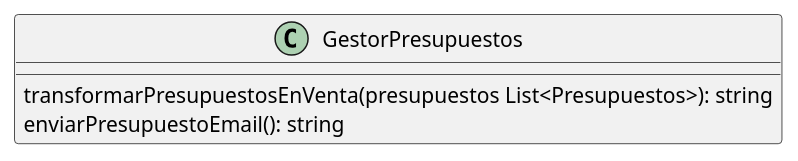
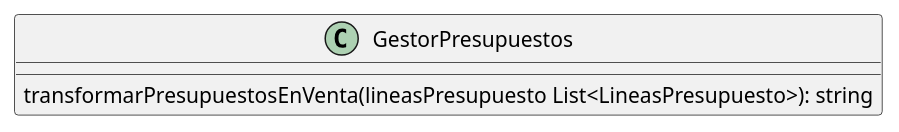
The diagram in DiagramaClases/Gestores/GestorPresupuestos.puml (ZMGestion/DocumentacionZMGestion), drawn with PlantUML before and after one commit. The commit also changed 19 other files, not shown here.

Commit message:
Nuevo DiagramasDeSecuencia

```diff
--- a/DiagramaClases/Gestores/GestorPresupuestos.puml
+++ b/DiagramaClases/Gestores/GestorPresupuestos.puml
@@ -1,6 +1,5 @@
 @startuml GestorPresupuestos
 class GestorPresupuestos{
-    transformarPresupuestosEnVenta(presupuestos List<Presupuestos>): string
-    enviarPresupuestoEmail(): string
+    transformarPresupuestosEnVenta(lineasPresupuesto List<LineasPresupuesto>): string
 }
 @enduml
```
